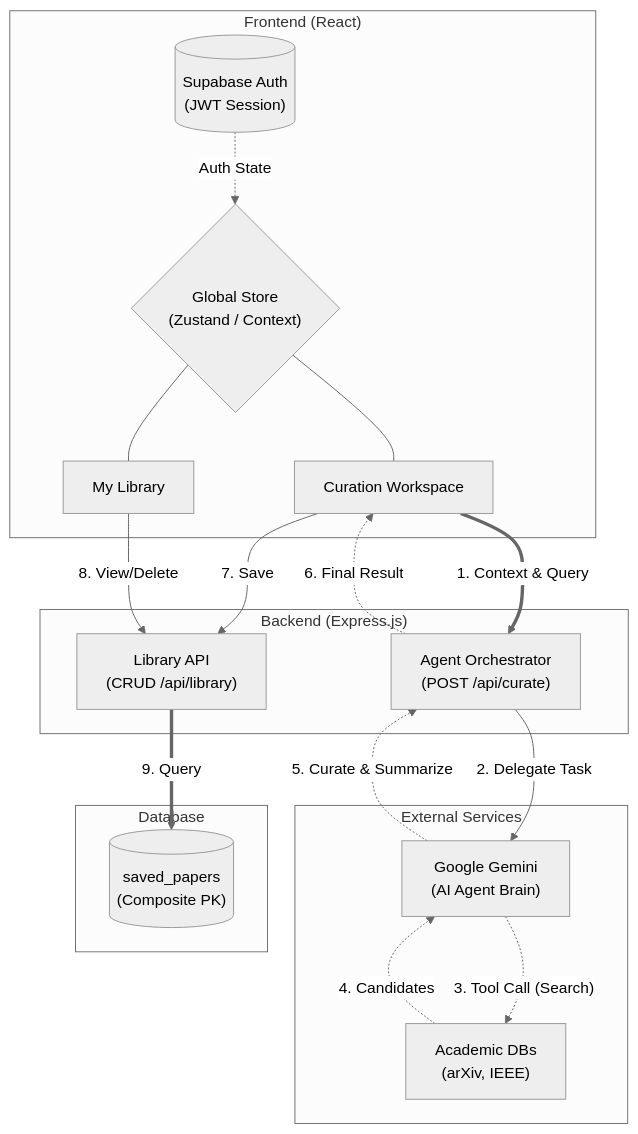
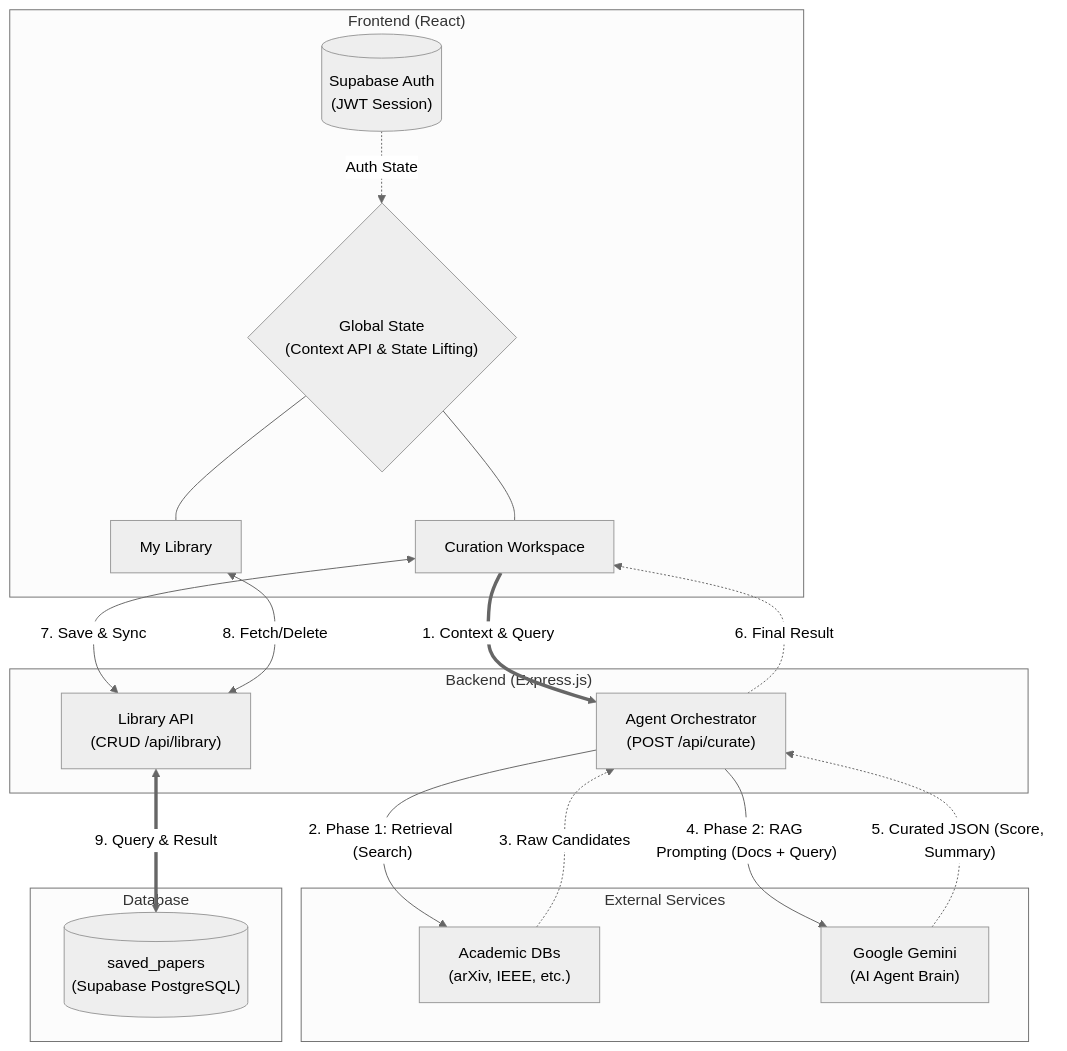
The diagram in README.md (Mureung1/hub-showcase), drawn with Mermaid (neutral theme) before and after one commit. The commit also changed other lines of this file and 1 other file, not shown here.

Commit message:
docs: 4주차 일별 대시보드 스프레드시트 추가 및 플로우차트 업데이트

````diff
--- a/README.md
+++ b/README.md
@@ -21,43 +22,43 @@
 ```mermaid
 flowchart TD
     %% 1. 프론트엔드 레이어 (Top)
     subgraph Frontend ["Frontend (React)"]
         Auth[("Supabase Auth\n(JWT Session)")]
-        Store{"Global Store\n(Zustand / Context)"}
+        Store{"Global State\n(Context API & State Lifting)"}
         CW["Curation Workspace"]
         ML["My Library"]
 
         Auth -.->|"Auth State"| Store
         Store --- CW
         Store --- ML
     end
 
     %% 2. 백엔드 레이어 (Middle)
     subgraph Backend ["Backend (Express.js)"]
         API_Cur["Agent Orchestrator\n(POST /api/curate)"]
         API_Lib["Library API\n(CRUD /api/library)"]
     end
 
     %% 3. 인프라 및 외부망 레이어 (Bottom)
     subgraph External ["External Services"]
+        AcadDB["Academic DBs\n(arXiv, IEEE, etc.)"]
         Gemini["Google Gemini\n(AI Agent Brain)"]
-        AcadDB["Academic DBs\n(arXiv, IEEE)"]
     end
 
     subgraph Database ["Database"]
-        DB[("saved_papers\n(Composite PK)")]
+        DB[("saved_papers\n(Supabase PostgreSQL)")]
     end
 
-    %% 코어 큐레이션 흐름 (Agentic Flow)
+    %% 코어 큐레이션 흐름 (2-Phase RAG Flow)
     CW ==>|"1. Context & Query"| API_Cur
-    API_Cur -->|"2. Delegate Task"| Gemini
-    Gemini -.->|"3. Tool Call (Search)"| AcadDB
-    AcadDB -.->|"4. Candidates"| Gemini
-    Gemini -.->|"5. Curate & Summarize"| API_Cur
+    API_Cur -->|"2. Phase 1: Retrieval (Search)"| AcadDB
+    AcadDB -.->|"3. Raw Candidates"| API_Cur
+    API_Cur -->|"4. Phase 2: RAG Prompting (Docs + Query)"| Gemini
+    Gemini -.->|"5. Curated JSON (Score, Summary)"| API_Cur
     API_Cur -.->|"6. Final Result"| CW
 
-    %% 서재 관리 흐름
-    CW -->|"7. Save"| API_Lib
-    ML -->|"8. View/Delete"| API_Lib
-    API_Lib ==>|"9. Query"| DB
+    %% 서재 관리 흐름 (양방향으로 수정)
+    CW <-->|"7. Save & Sync"| API_Lib
+    ML <-->|"8. Fetch/Delete"| API_Lib
+    API_Lib <==>|"9. Query & Result"| DB
 ```
````
